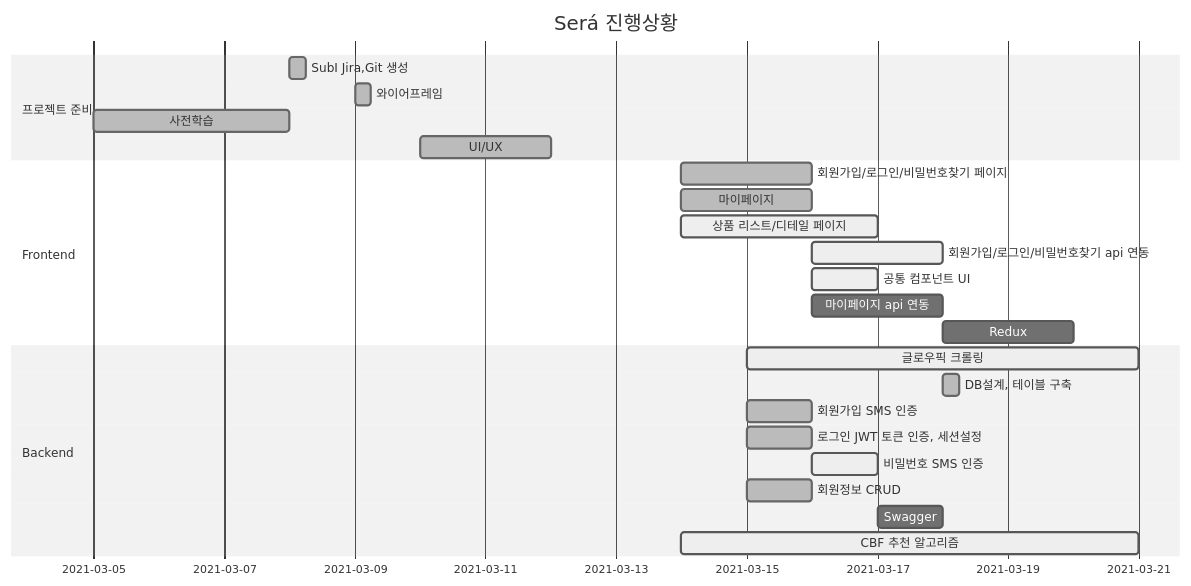
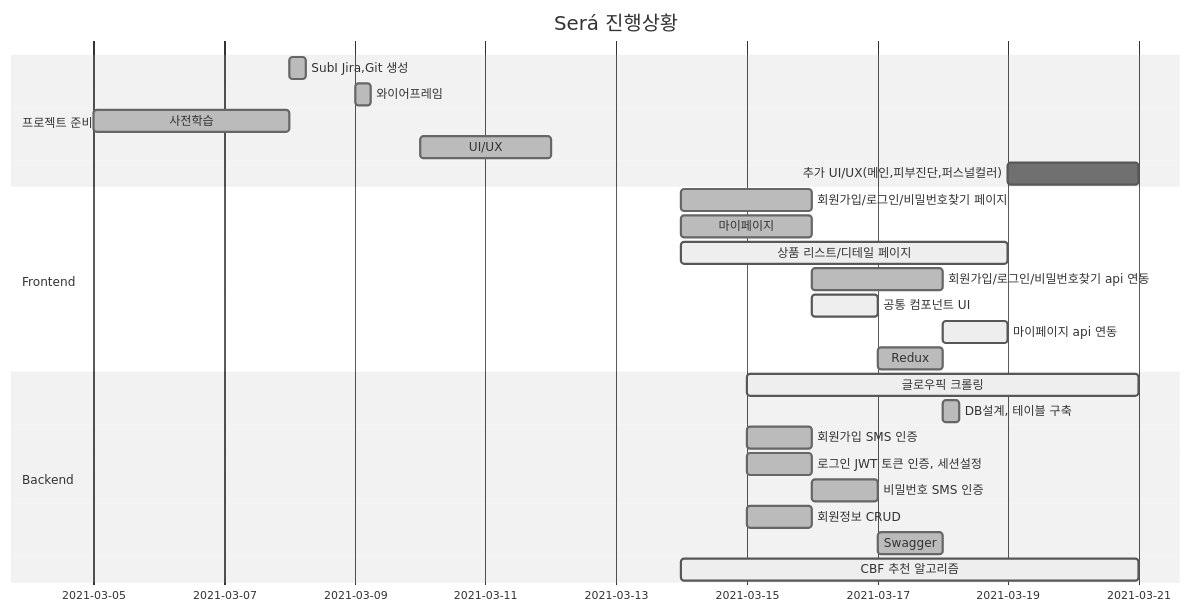
Before and after one commit to jihyeong2/PJT-Sera: the diagram in README.md, drawn with Mermaid (neutral theme).

Commit message:
README_0318 : gantt chart 업데이트

````diff
--- a/README.md
+++ b/README.md
@@ -32,30 +32,31 @@
 ```mermaid
 gantt
     title Será 진행상황
     dateFormat  YYYY-MM-DD
     section 프로젝트 준비
     SubⅠ Jira,Git 생성  :done, 2021-03-08, 6h
     와이어프레임 : done, 2021-03-09, 6h
     사전학습   :done, 2021-03-05, 3d
     UI/UX   : done,   2021-03-10, 2d
-    
+    추가 UI/UX(메인,피부진단,퍼스널컬러): t8, 2021-03-19, 2d
 
     section Frontend
    	회원가입/로그인/비밀번호찾기 페이지 :  done, t1, 2021-03-14, 2d
    	마이페이지 :  done, t2, 2021-03-14, 2d
-   	상품 리스트/디테일 페이지  : active, t3, 2021-03-14, 3d
-    회원가입/로그인/비밀번호찾기 api 연동 : active, t4, after t1,2d
+   	상품 리스트/디테일 페이지  : active, t3, 2021-03-14, 5d
+    회원가입/로그인/비밀번호찾기 api 연동 : done, t4, after t1,2d
     공통 컴포넌트 UI : active, t7, 2021-03-16, 1d
-    마이페이지 api 연동: t5, 2021-03-16, 2d
-    Redux : t6, 2021-03-18, 2d
+    마이페이지 api 연동: active, t5, 2021-03-18, 1d
+    Redux : done, t6, 2021-03-17, 1d
+  
     
     section Backend
   	글로우픽 크롤링 : active, b_t1, 2021-03-15, 6d
   	DB설계, 테이블 구축 : done, b_t2, after 2021-03-12, 6h
     회원가입 SMS 인증 : done, b_t4, 2021-03-15, 1d
     로그인 JWT 토큰 인증, 세션설정 : done, b_t5, 2021-03-15, 1d
-    비밀번호 SMS 인증 : active, b_t6, 2021-03-16, 1d
+    비밀번호 SMS 인증 : done, b_t6, 2021-03-16, 1d
     회원정보 CRUD : done, b_t7, 2021-03-15, 1d
-    Swagger : b_t8, after b_t6, 1d
+    Swagger : done, b_t8, after b_t6, 1d
     CBF 추천 알고리즘 : active, b_t3, 2021-03-14, 7d
 ```
````
